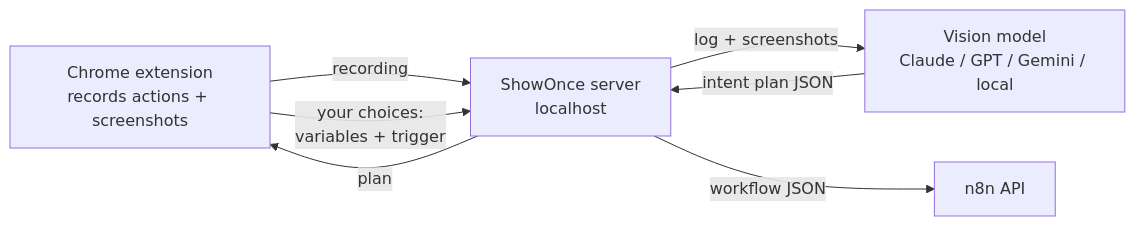
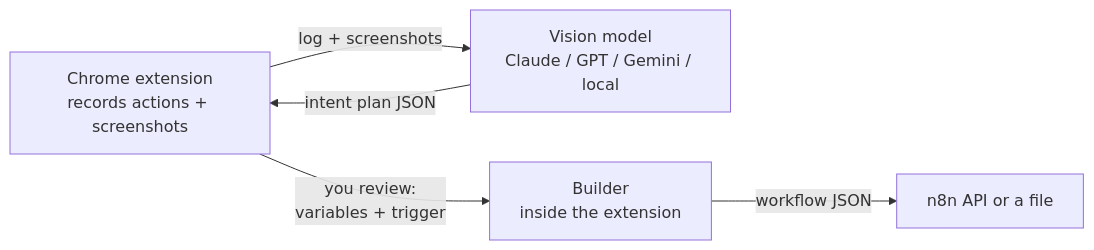
The diagram in README.md (subnautixx/showonce), drawn with Mermaid before and after one commit. The commit also changed other lines of this file and 28 other files, not shown here.

First line of the commit message:
v0.2: the extension works on its own, no server to run

````diff
--- a/README.md
+++ b/README.md
@@ -71,9 +65,7 @@
 ```mermaid
 flowchart LR
-  A[Chrome extension<br/>records actions + screenshots] -->|recording| B[ShowOnce server<br/>localhost]
-  B -->|log + screenshots| C[Vision model<br/>Claude / GPT / Gemini / local]
-  C -->|intent plan JSON| B
-  B -->|plan| A
-  A -->|your choices:<br/>variables + trigger| B
-  B -->|workflow JSON| D[n8n API]
+  A[Chrome extension<br/>records actions + screenshots] -->|log + screenshots| C[Vision model<br/>Claude / GPT / Gemini / local]
+  C -->|intent plan JSON| A
+  A -->|you review:<br/>variables + trigger| B[Builder<br/>inside the extension]
+  B -->|workflow JSON| D[n8n API or a file]
 ```
````
